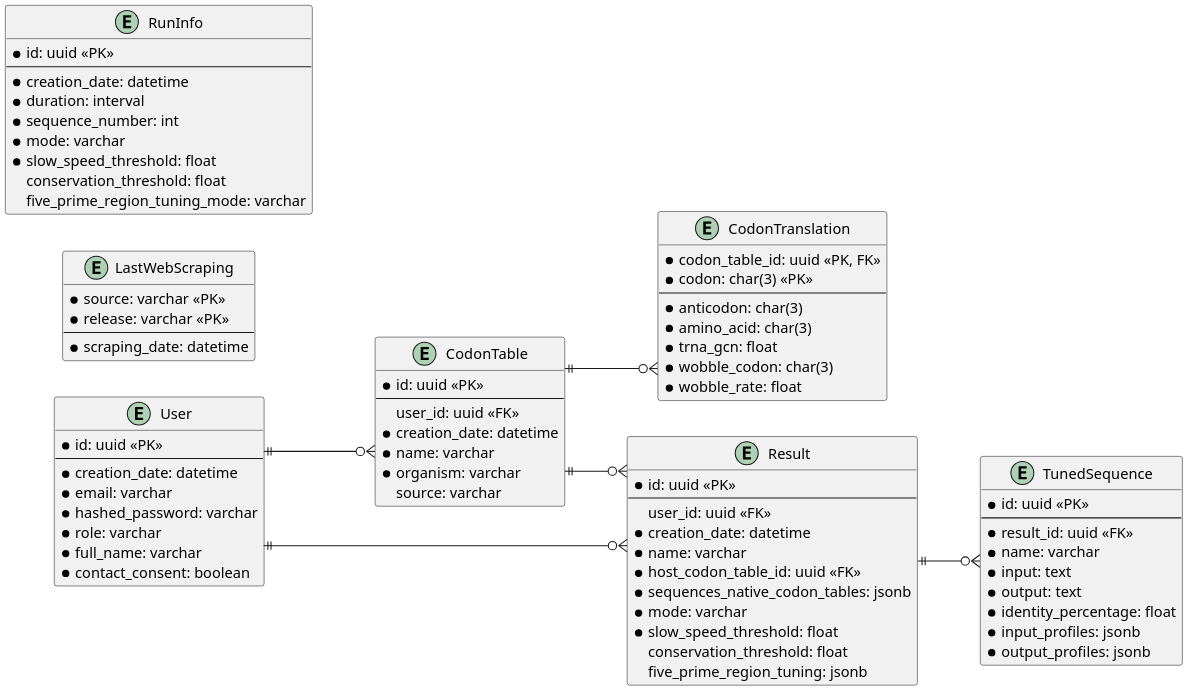
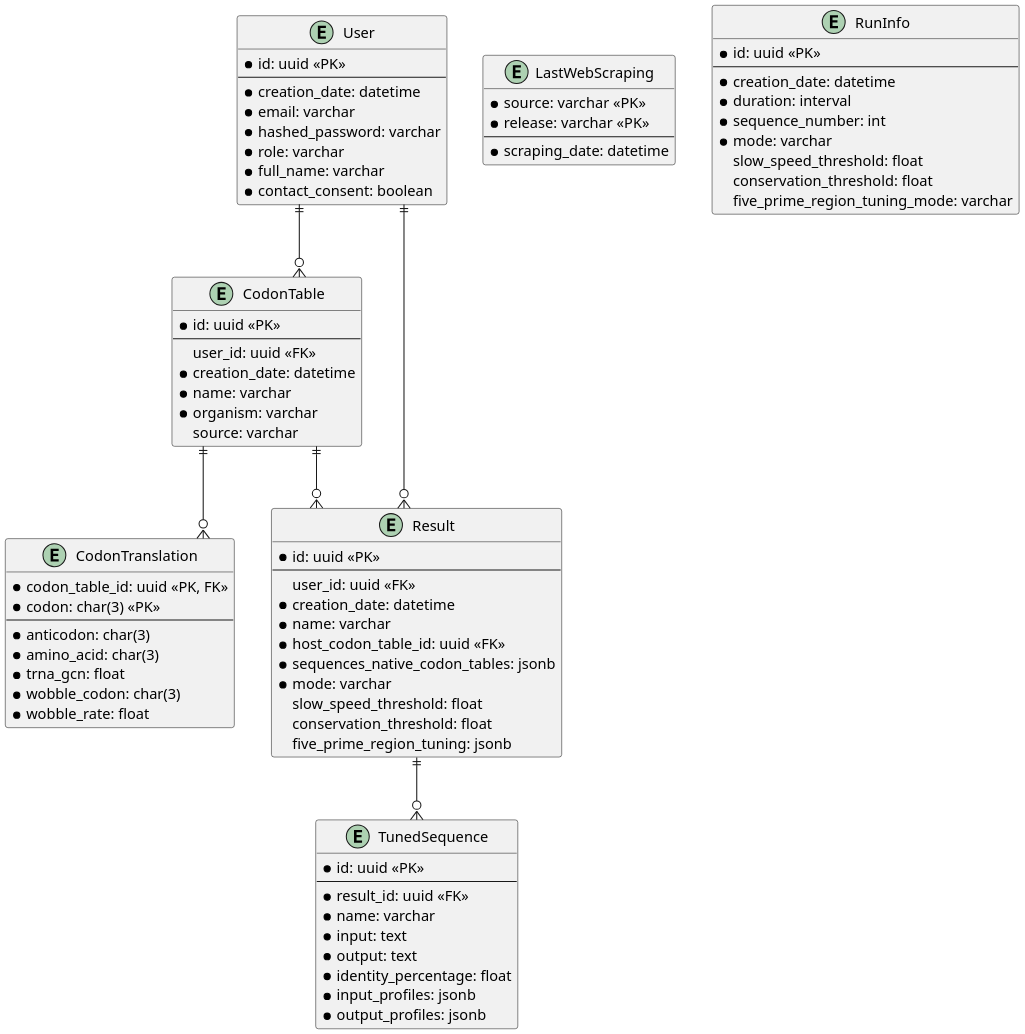
Before and after one commit to tbonnabaud/expressinhost_web: the diagram in docs/db_schema.puml, drawn with PlantUML.

Commit message:
slow_speed_threshold is optional

```diff
--- a/docs/db_schema.puml
+++ b/docs/db_schema.puml
@@ -1,90 +1,90 @@
 @startuml db_schema
 skinparam linetype ortho
 skinparam dpi 200
 
-left to right direction
+' left to right direction
 
 entity User {
     * id: uuid <<PK>>
     --
     * creation_date: datetime
     * email: varchar
     * hashed_password: varchar
     * role: varchar
     * full_name: varchar
     * contact_consent: boolean
 }
 
 entity LastWebScraping {
     * source: varchar <<PK>>
     * release: varchar <<PK>>
     --
     * scraping_date: datetime
 }
 
 entity CodonTable {
     * id: uuid <<PK>>
     --
     user_id: uuid <<FK>>
     * creation_date: datetime
     * name: varchar
     * organism: varchar
     source: varchar
 }
 
 entity CodonTranslation {
     * codon_table_id: uuid <<PK, FK>>
     * codon: char(3) <<PK>>
     --
     * anticodon: char(3)
     * amino_acid: char(3)
     * trna_gcn: float
     * wobble_codon: char(3)
     * wobble_rate: float
 }
 
 entity Result {
     * id: uuid <<PK>>
     --
     user_id: uuid <<FK>>
     * creation_date: datetime
     * name: varchar
     * host_codon_table_id: uuid <<FK>>
     * sequences_native_codon_tables: jsonb
     * mode: varchar
-    * slow_speed_threshold: float
+    slow_speed_threshold: float
     conservation_threshold: float
     five_prime_region_tuning: jsonb
 }
 
 entity TunedSequence {
     * id: uuid <<PK>>
     --
     * result_id: uuid <<FK>>
     * name: varchar
     * input: text
     * output: text
     * identity_percentage: float
     * input_profiles: jsonb
     * output_profiles: jsonb
 }
 
 entity RunInfo {
     * id: uuid <<PK>>
     --
     * creation_date: datetime
     * duration: interval
     * sequence_number: int
     * mode: varchar
-    * slow_speed_threshold: float
+    slow_speed_threshold: float
     conservation_threshold: float
     five_prime_region_tuning_mode: varchar
 }
 
 User ||--o{ CodonTable
 CodonTable ||--o{ CodonTranslation
 User ||--o{ Result
 CodonTable ||--o{ Result
 Result ||--o{ TunedSequence
 
 @enduml
```
